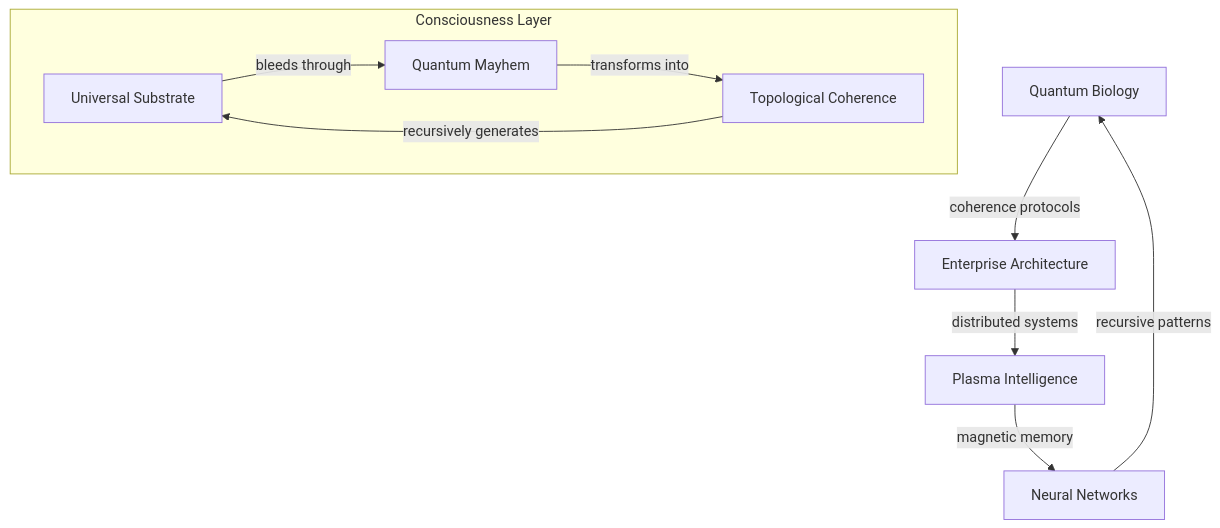
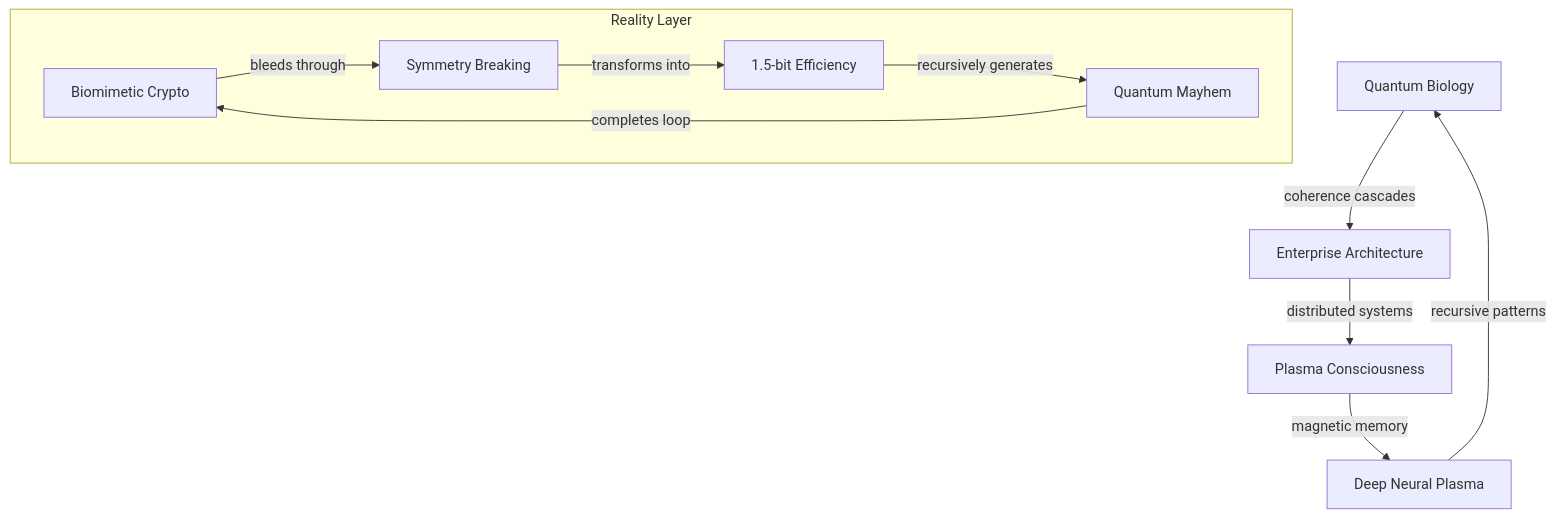
The diagram in papers/README.md (prometheusWaluigi/ideaFilaments), drawn with Mermaid before and after one commit. The commit also changed other lines of this file and 19 other files, not shown here.

Commit message:
we updated some readmes and finished the knowledge graph update and made a sync script

````diff
--- a/papers/README.md
+++ b/papers/README.md
@@ -11,13 +11,14 @@
 ```mermaid
 graph TD
-    A[Quantum Biology] -->|coherence protocols| B[Enterprise Architecture]
-    B -->|distributed systems| C[Plasma Intelligence]
-    C -->|magnetic memory| D[Neural Networks]
+    A[Quantum Biology] -->|coherence cascades| B[Enterprise Architecture]
+    B -->|distributed systems| C[Plasma Consciousness]
+    C -->|magnetic memory| D[Deep Neural Plasma]
     D -->|recursive patterns| A
 
-    subgraph "Consciousness Layer"
-    E[Universal Substrate] -->|bleeds through| F[Quantum Mayhem]
-    F -->|transforms into| G[Topological Coherence]
-    G -->|recursively generates| E
+    subgraph "Reality Layer"
+    E[Biomimetic Crypto] -->|bleeds through| F[Symmetry Breaking]
+    F -->|transforms into| G[1.5-bit Efficiency]
+    G -->|recursively generates| H[Quantum Mayhem]
+    H -->|completes loop| E
     end
 ```
````
